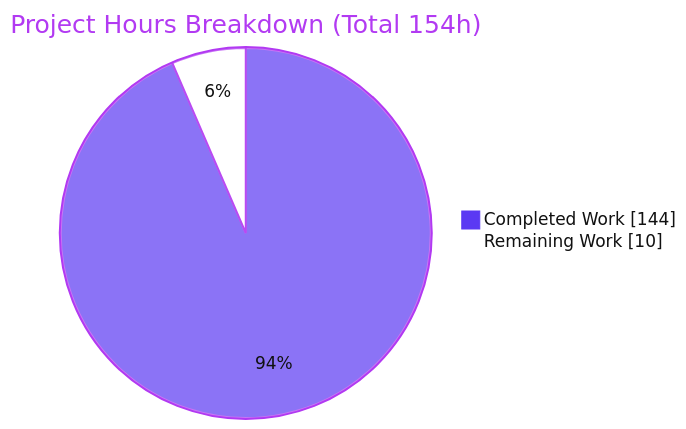
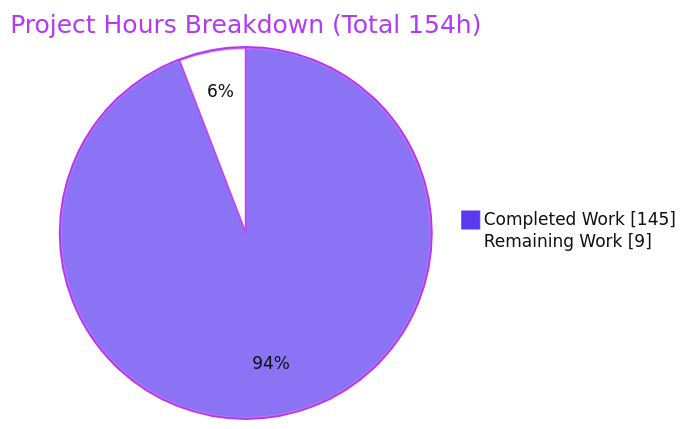
Before and after one commit to blitzy-public-samples/aws-carddemo-blitzy: the second of 3 diagrams in blitzy/documentation/Project Guide.md, drawn with Mermaid. The commit also changed other lines of this file and 5 other files, not shown here.

````diff
--- a/blitzy/documentation/Project Guide.md
+++ b/blitzy/documentation/Project Guide.md
@@ -199,6 +199,6 @@
 ```mermaid
 %%{init: {'theme':'base','themeVariables':{'pie1':'#5B39F3','pie2':'#FFFFFF','pieStrokeColor':'#B23AF2','pieStrokeWidth':'2px','pieOuterStrokeColor':'#B23AF2','pieOuterStrokeWidth':'2px','pieTitleTextColor':'#B23AF2','pieSectionTextColor':'#111111','pieLegendTextColor':'#111111'}}}%%
 pie showData title Project Hours Breakdown (Total 154h)
-    "Completed Work" : 144
-    "Remaining Work" : 10
+    "Completed Work" : 145
+    "Remaining Work" : 9
 ```
````
